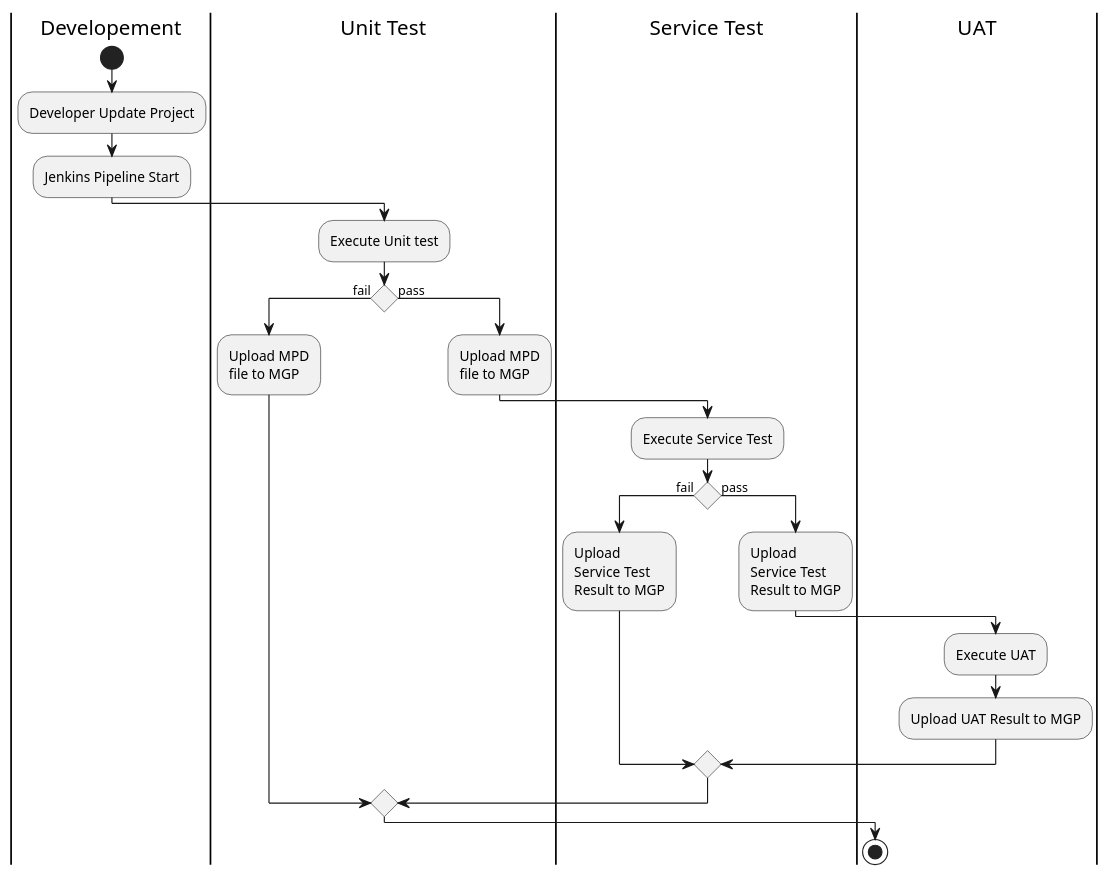
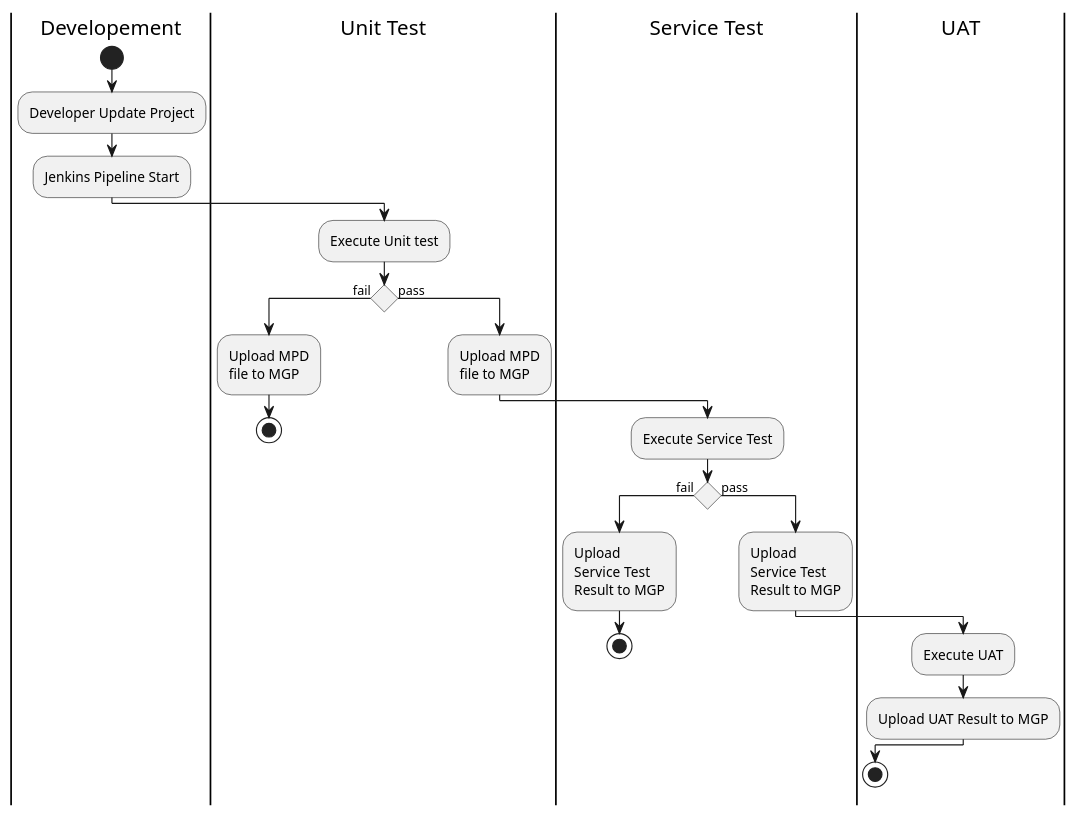
One commit to b4456609/mgp-back changed the diagram in diagram/pipeline.puml. Above: the diagram before and after it, drawn with PlantUML.

Commit message:
update pipeline uml

```diff
--- a/diagram/pipeline.puml
+++ b/diagram/pipeline.puml
@@ -1,24 +1,26 @@
 @startuml
 |Developement|
 start
 :Developer Update Project;
 :Jenkins Pipeline Start;
 |Unit Test|
 :Execute Unit test;
 if () then (fail)
     :Upload MPD\nfile to MGP;
+    stop
 else (pass)
     :Upload MPD\nfile to MGP;
     |Service Test|
     :Execute Service Test;
     if () then (fail)
         :Upload \nService Test \nResult to MGP;
+    stop
     else(pass)
         :Upload \nService Test \nResult to MGP;
         |UAT|
         :Execute UAT;
         :Upload UAT Result to MGP;
     endif
+    stop
 endif
-stop 
 @enduml
```
